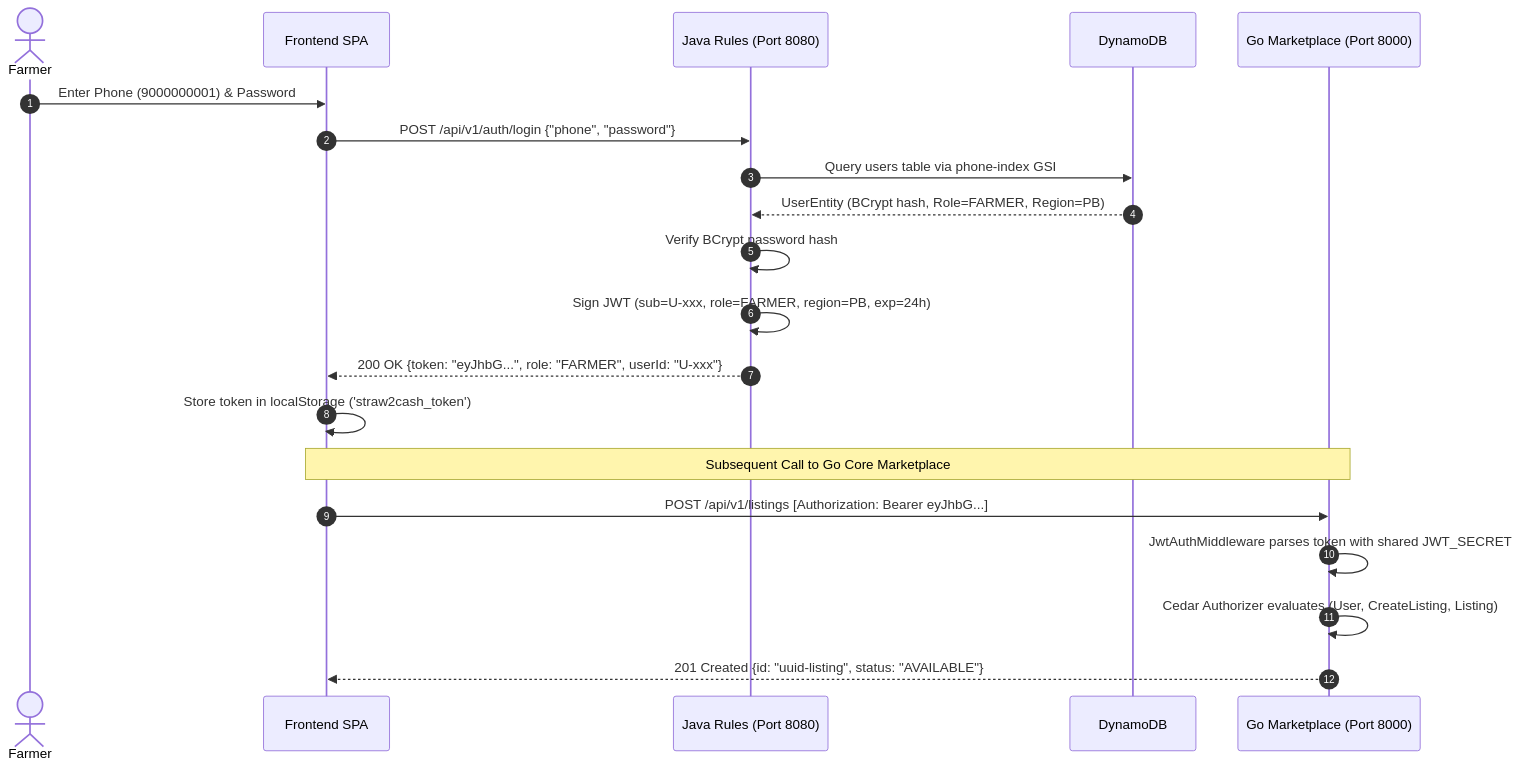
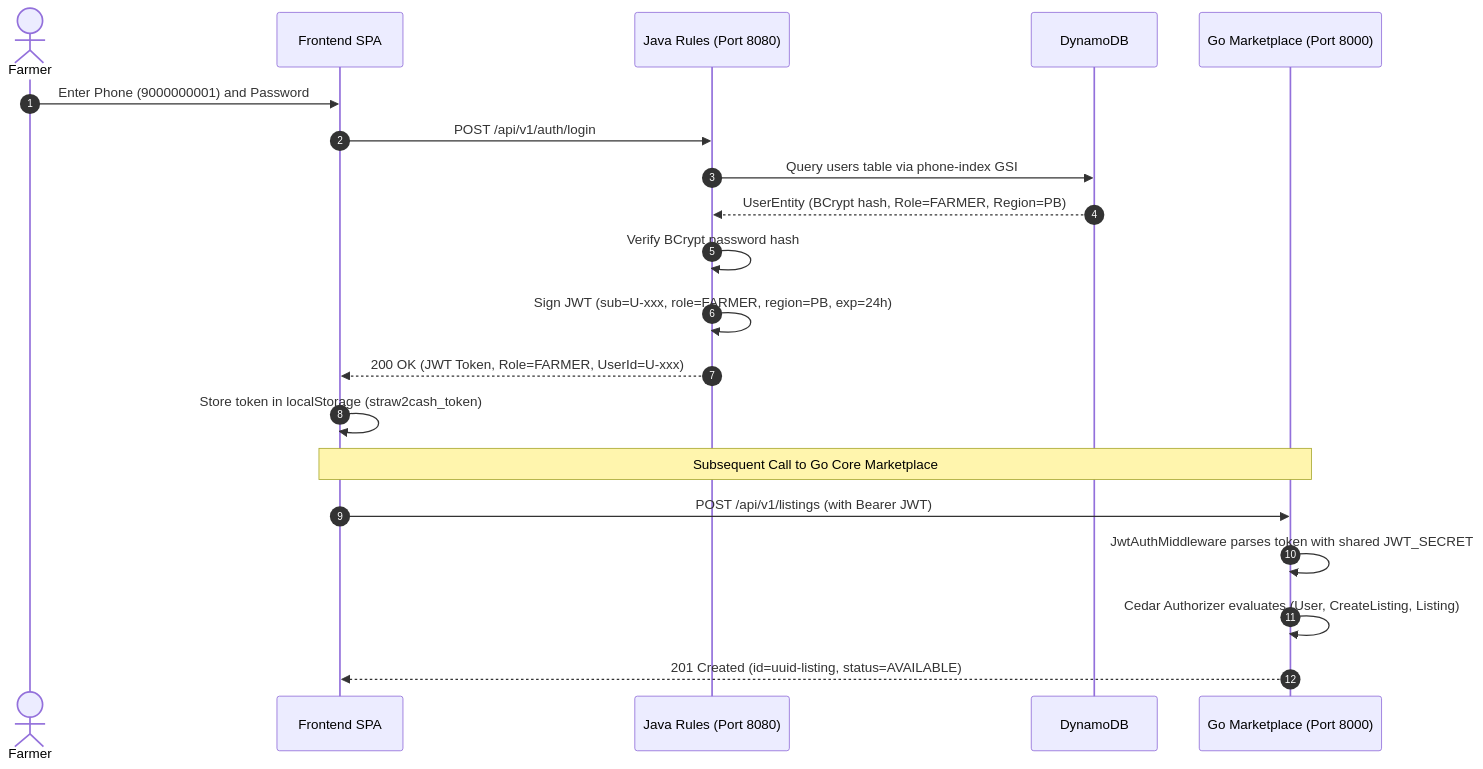
One commit to DAbharat/Straw2Cash changed the third of 5 diagrams in README.md. Above: the diagram before and after it, drawn with Mermaid. The commit also changed other lines of this file, not shown here.

````diff
--- a/README.md
+++ b/README.md
@@ -369,24 +369,24 @@
 ```mermaid
 sequenceDiagram
     autonumber
     actor Farmer as Farmer
     participant UI as Frontend SPA
     participant Java as Java Rules (Port 8080)
     participant Dynamo as DynamoDB
     participant Go as Go Marketplace (Port 8000)
 
-    Farmer->>UI: Enter Phone (9000000001) & Password
-    UI->>Java: POST /api/v1/auth/login {"phone", "password"}
+    Farmer->>UI: Enter Phone (9000000001) and Password
+    UI->>Java: POST /api/v1/auth/login
     Java->>Dynamo: Query users table via phone-index GSI
     Dynamo-->>Java: UserEntity (BCrypt hash, Role=FARMER, Region=PB)
     Java->>Java: Verify BCrypt password hash
     Java->>Java: Sign JWT (sub=U-xxx, role=FARMER, region=PB, exp=24h)
-    Java-->>UI: 200 OK {token: "eyJhbG...", role: "FARMER", userId: "U-xxx"}
-    UI->>UI: Store token in localStorage ('straw2cash_token')
+    Java-->>UI: 200 OK (JWT Token, Role=FARMER, UserId=U-xxx)
+    UI->>UI: Store token in localStorage (straw2cash_token)
 
     Note over UI,Go: Subsequent Call to Go Core Marketplace
-    UI->>Go: POST /api/v1/listings [Authorization: Bearer eyJhbG...]
+    UI->>Go: POST /api/v1/listings (with Bearer JWT)
     Go->>Go: JwtAuthMiddleware parses token with shared JWT_SECRET
     Go->>Go: Cedar Authorizer evaluates (User, CreateListing, Listing)
-    Go-->>UI: 201 Created {id: "uuid-listing", status: "AVAILABLE"}
+    Go-->>UI: 201 Created (id=uuid-listing, status=AVAILABLE)
 ```
````
